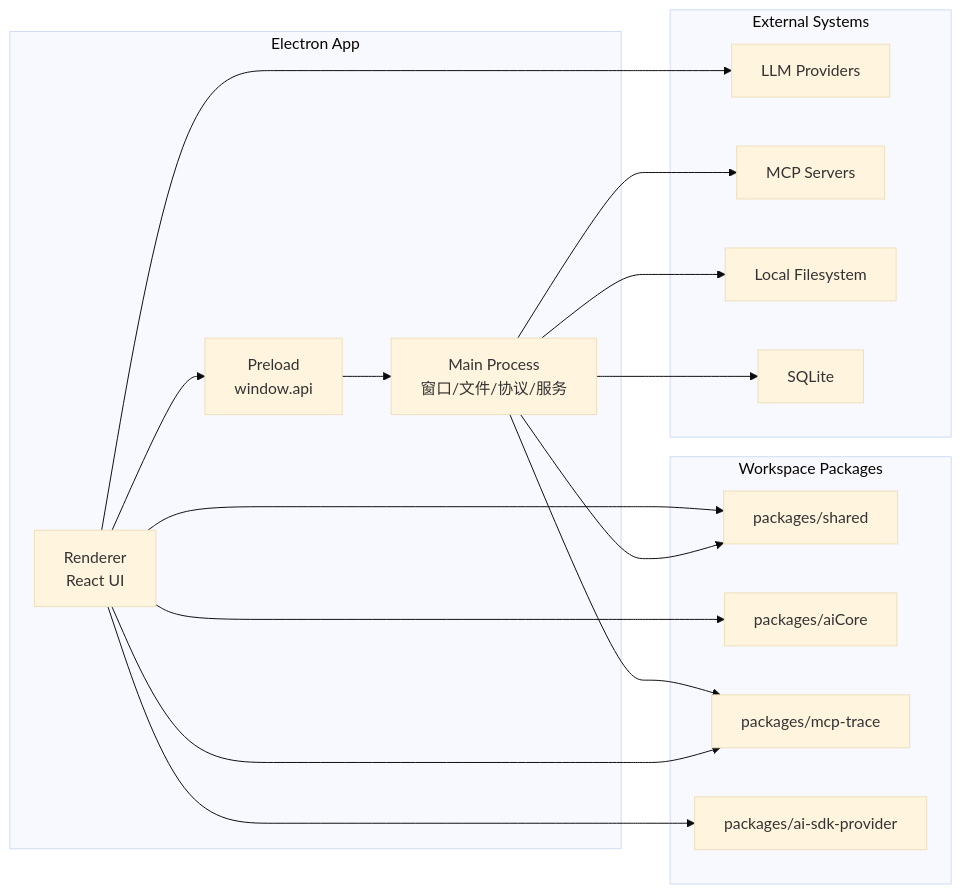
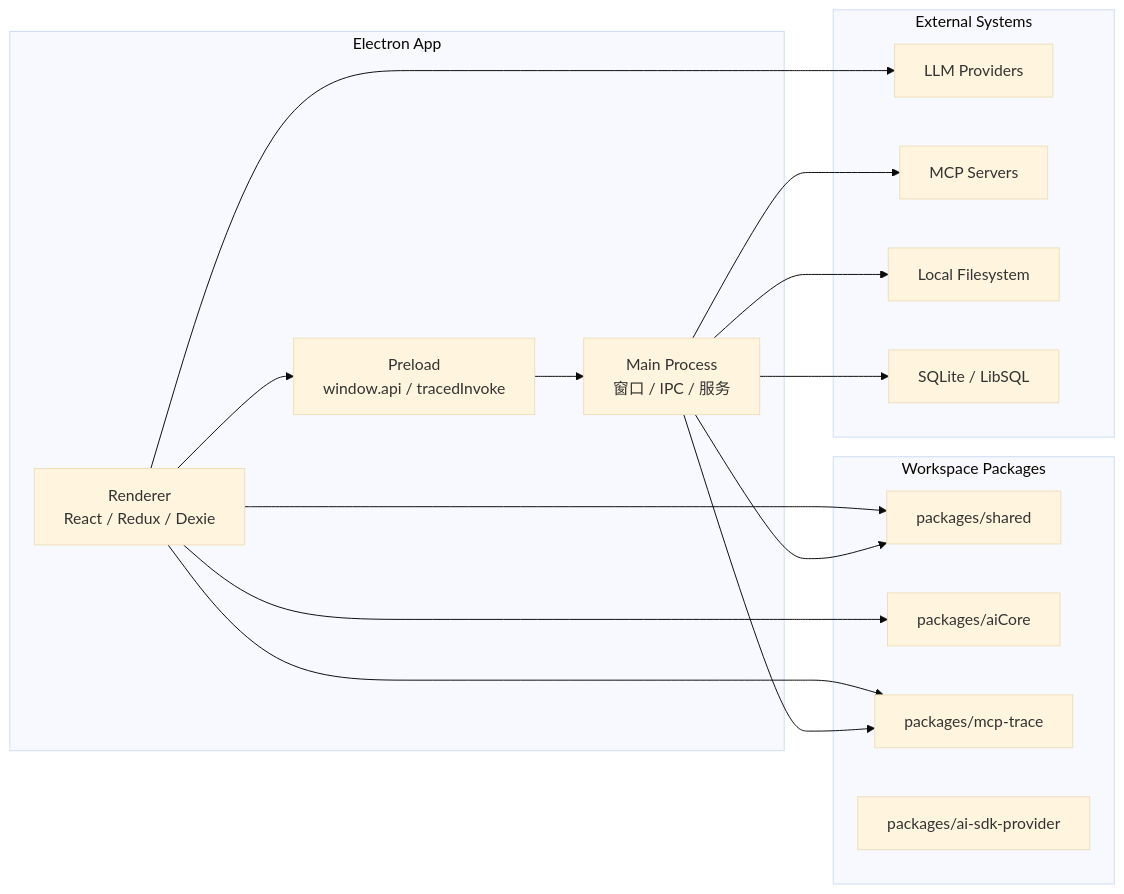
Before and after one commit to Little-LittleProgrammer/cherry-studio: the first of 2 diagrams in docs/zh/architecture/01-总览/README.md, drawn with Mermaid (base theme). The commit also changed other lines of this file and 16 other files, not shown here.

First line of the commit message:
Update .gitignore and enhance architecture documentation

````diff
--- a/docs/zh/architecture/01-总览/README.md
+++ b/docs/zh/architecture/01-总览/README.md
@@ -37,34 +35,33 @@
 ```mermaid
 flowchart LR
   subgraph Desktop["Electron App"]
-    Main["Main Process\n窗口/文件/协议/服务"]
-    Preload["Preload\nwindow.api"]
-    Renderer["Renderer\nReact UI"]
+    Main["Main Process\n窗口 / IPC / 服务"]
+    Preload["Preload\nwindow.api / tracedInvoke"]
+    Renderer["Renderer\nReact / Redux / Dexie"]
   end
 
   subgraph Workspace["Workspace Packages"]
     Shared["packages/shared"]
     AiCore["packages/aiCore"]
     Trace["packages/mcp-trace"]
     Provider["packages/ai-sdk-provider"]
   end
 
   subgraph External["External Systems"]
     Models["LLM Providers"]
     Mcp["MCP Servers"]
     Fs["Local Filesystem"]
-    Sqlite["SQLite"]
+    Sqlite["SQLite / LibSQL"]
   end
 
   Renderer --> Preload --> Main
+  Renderer --> Shared
   Renderer --> AiCore
-  Renderer --> Shared
+  Renderer --> Trace
   Main --> Shared
   Main --> Trace
-  Renderer --> Trace
-  Renderer --> Provider
   Main --> Fs
   Main --> Sqlite
   Renderer --> Models
   Main --> Mcp
 ```
````
